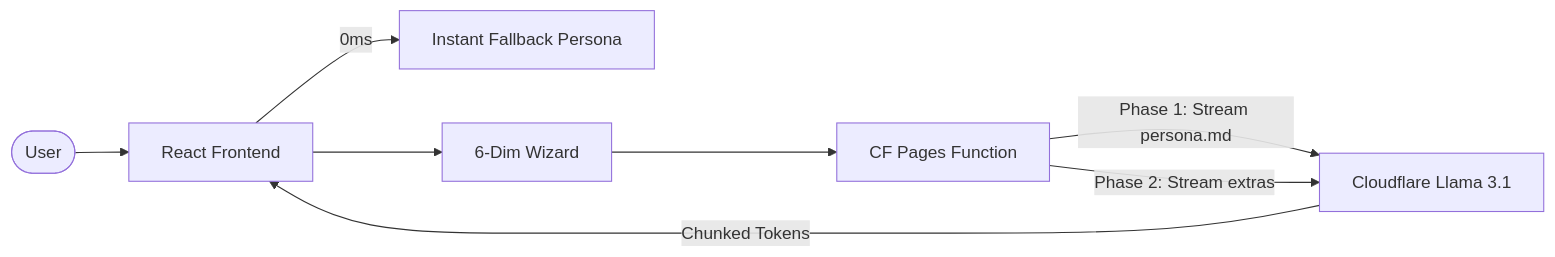
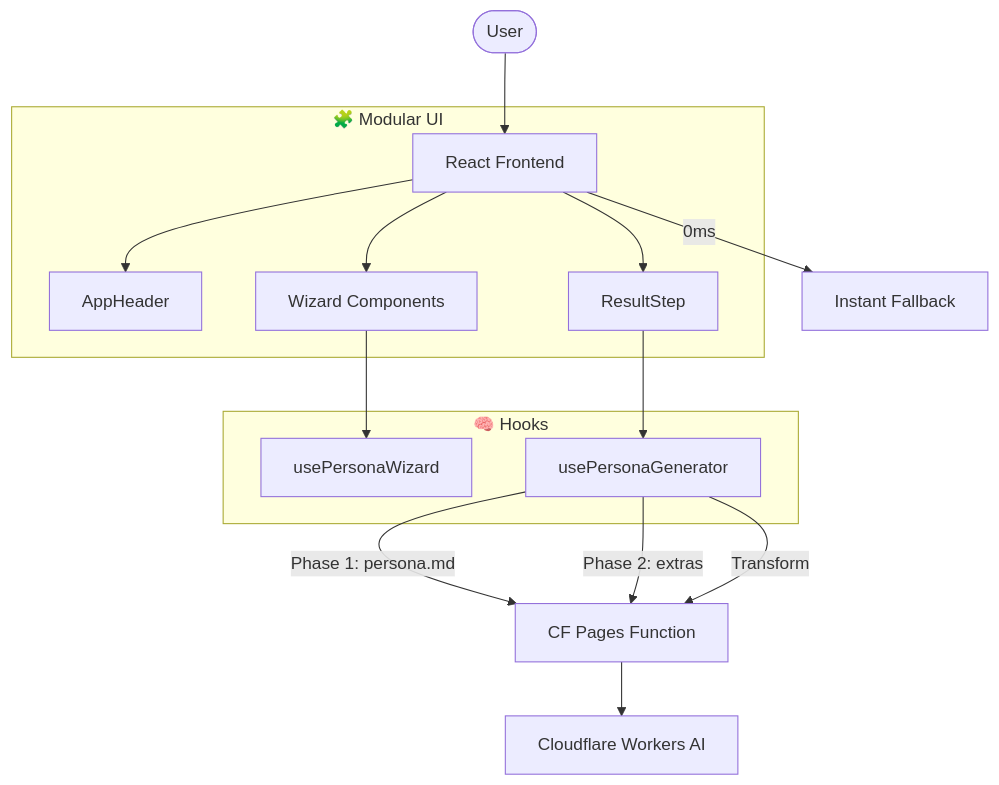
One commit to bejranonda/PersonaBuilder changed the diagram in README.md. Above: the diagram before and after it, drawn with Mermaid. The commit also changed other lines of this file and 24 other files, not shown here.

````diff
--- a/README.md
+++ b/README.md
@@ -83,10 +70,20 @@
 ```mermaid
-flowchart LR
+flowchart TD
     User([User]) --> UI[React Frontend]
-    UI -->|0ms| Fallback[Instant Fallback Persona]
-    UI --> Wiz[6-Dim Wizard]
-    Wiz --> Proxy[CF Pages Function]
-    Proxy -- Phase 1: Stream persona.md --> AI[Cloudflare Llama 3.1]
-    Proxy -- Phase 2: Stream extras --> AI
-    AI -- Chunked Tokens --> UI
+    subgraph "🧩 Modular UI"
+        UI --> Header[AppHeader]
+        UI --> Wizard[Wizard Components]
+        UI --> Results[ResultStep]
+    end
+    UI -->|0ms| Fallback[Instant Fallback]
+    subgraph "🧠 Hooks"
+        WizHook[usePersonaWizard]
+        GenHook[usePersonaGenerator]
+    end
+    Wizard --> WizHook
+    Results --> GenHook
+    GenHook -->|Phase 1: persona.md| Proxy[CF Pages Function]
+    GenHook -->|Phase 2: extras| Proxy
+    GenHook -->|Transform| Proxy
+    Proxy --> AI[Cloudflare Workers AI]
 ```
````
